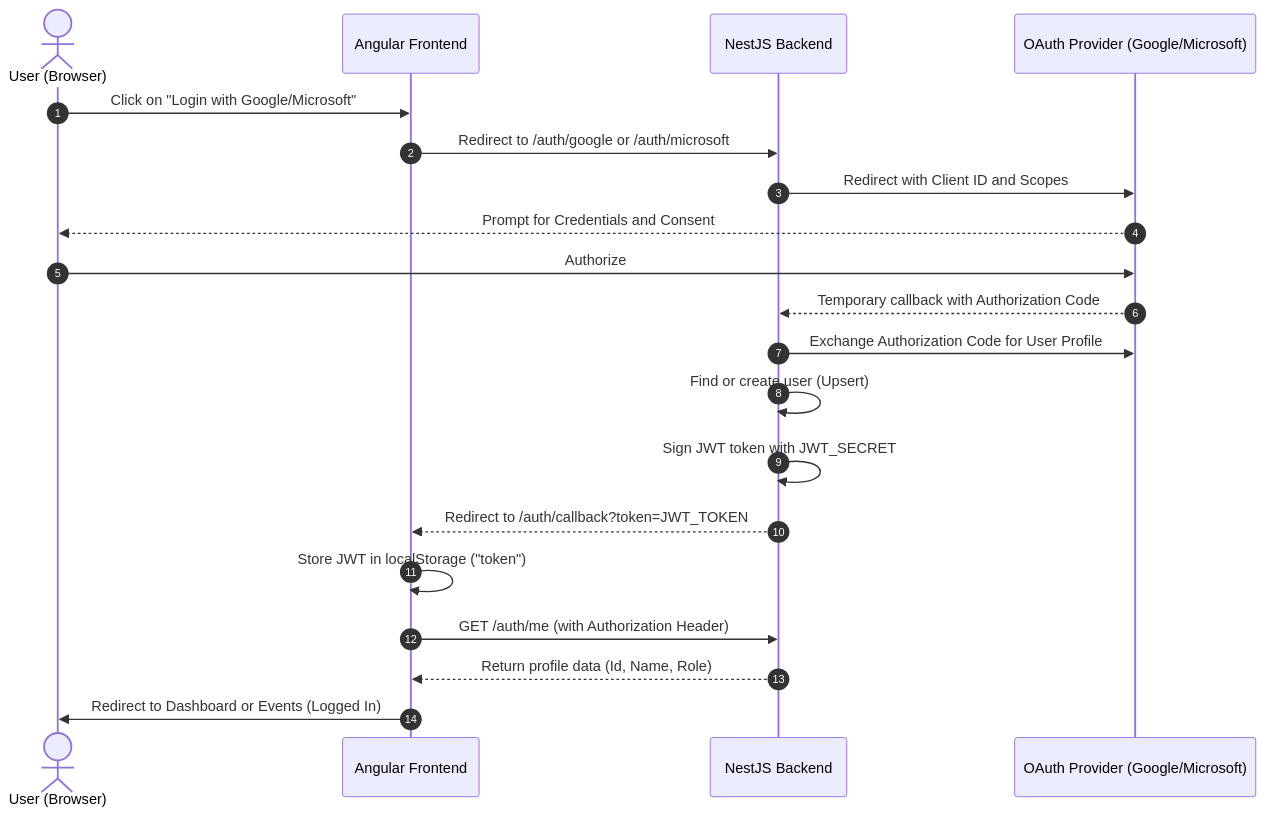
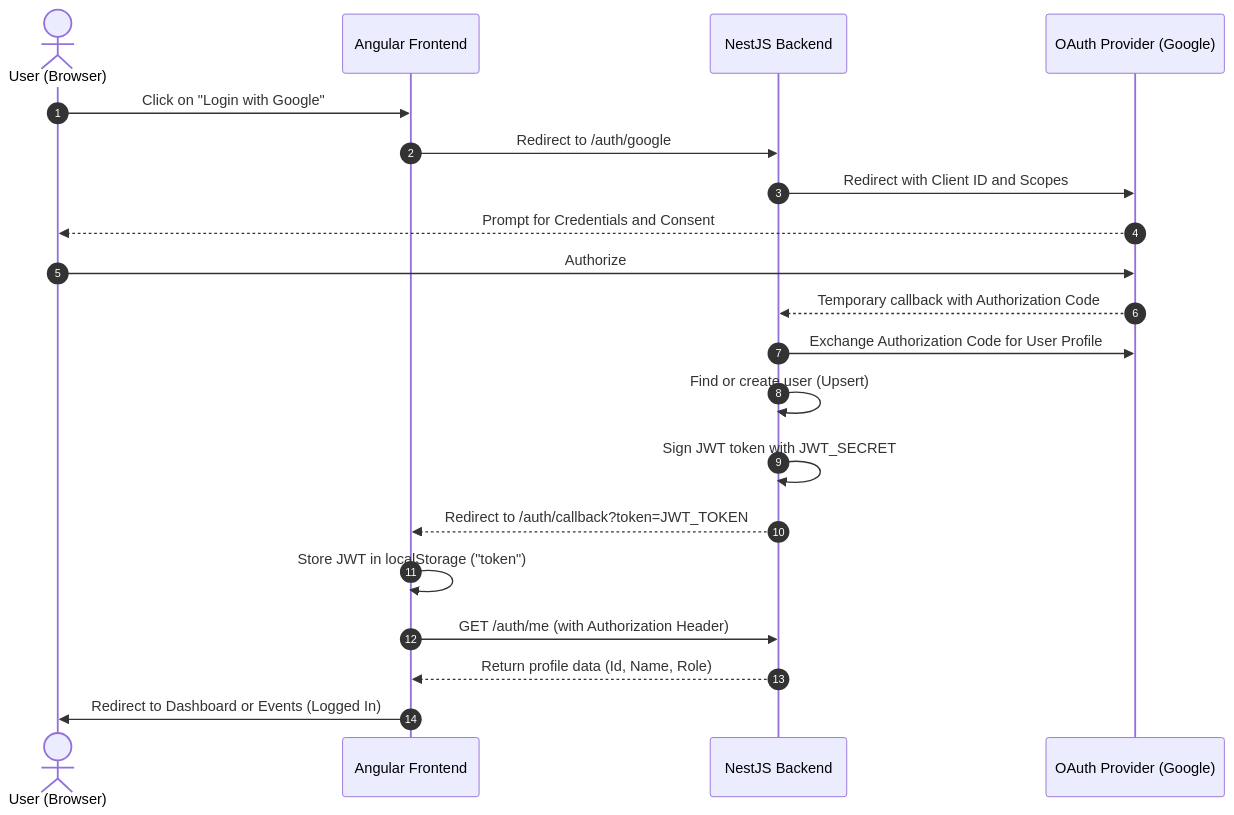
The first of 3 diagrams in README.md (Catriel42/events-manager-jalau), drawn with Mermaid before and after one commit. The commit also changed other lines of this file and 1 other file, not shown here.

Commit message:
docs: remove Microsoft and Outlook references

````diff
--- a/README.md
+++ b/README.md
@@ -41,23 +41,23 @@
 ```mermaid
 sequenceDiagram
   autonumber
   actor User as User (Browser)
   participant UI as Angular Frontend
   participant API as NestJS Backend
-  participant Provider as OAuth Provider (Google/Microsoft)
+  participant Provider as OAuth Provider (Google)
 
-  User->>UI: Click on "Login with Google/Microsoft"
-  UI->>API: Redirect to /auth/google or /auth/microsoft
+  User->>UI: Click on "Login with Google"
+  UI->>API: Redirect to /auth/google
   API->>Provider: Redirect with Client ID and Scopes
   Provider-->>User: Prompt for Credentials and Consent
   User->>Provider: Authorize
   Provider-->>API: Temporary callback with Authorization Code
   API->>Provider: Exchange Authorization Code for User Profile
   API->>API: Find or create user (Upsert)
   API->>API: Sign JWT token with JWT_SECRET
   API-->>UI: Redirect to /auth/callback?token=JWT_TOKEN
   UI->>UI: Store JWT in localStorage ("token")
   UI->>API: GET /auth/me (with Authorization Header)
   API-->>UI: Return profile data (Id, Name, Role)
   UI->>User: Redirect to Dashboard or Events (Logged In)
 ```
````
